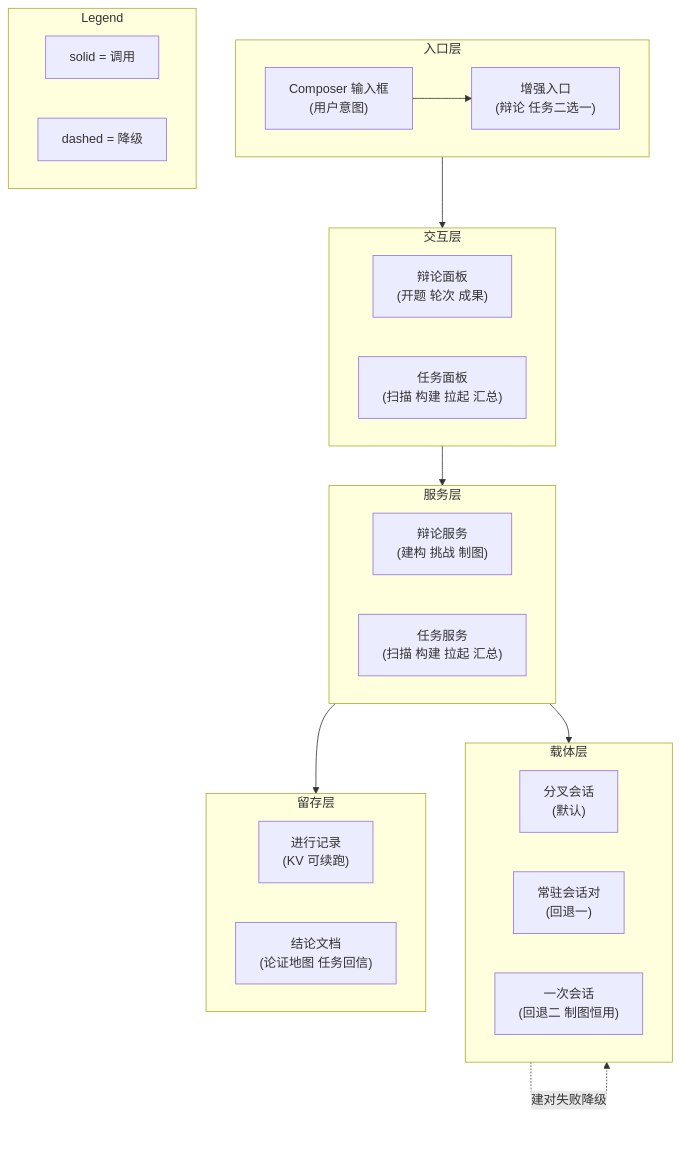
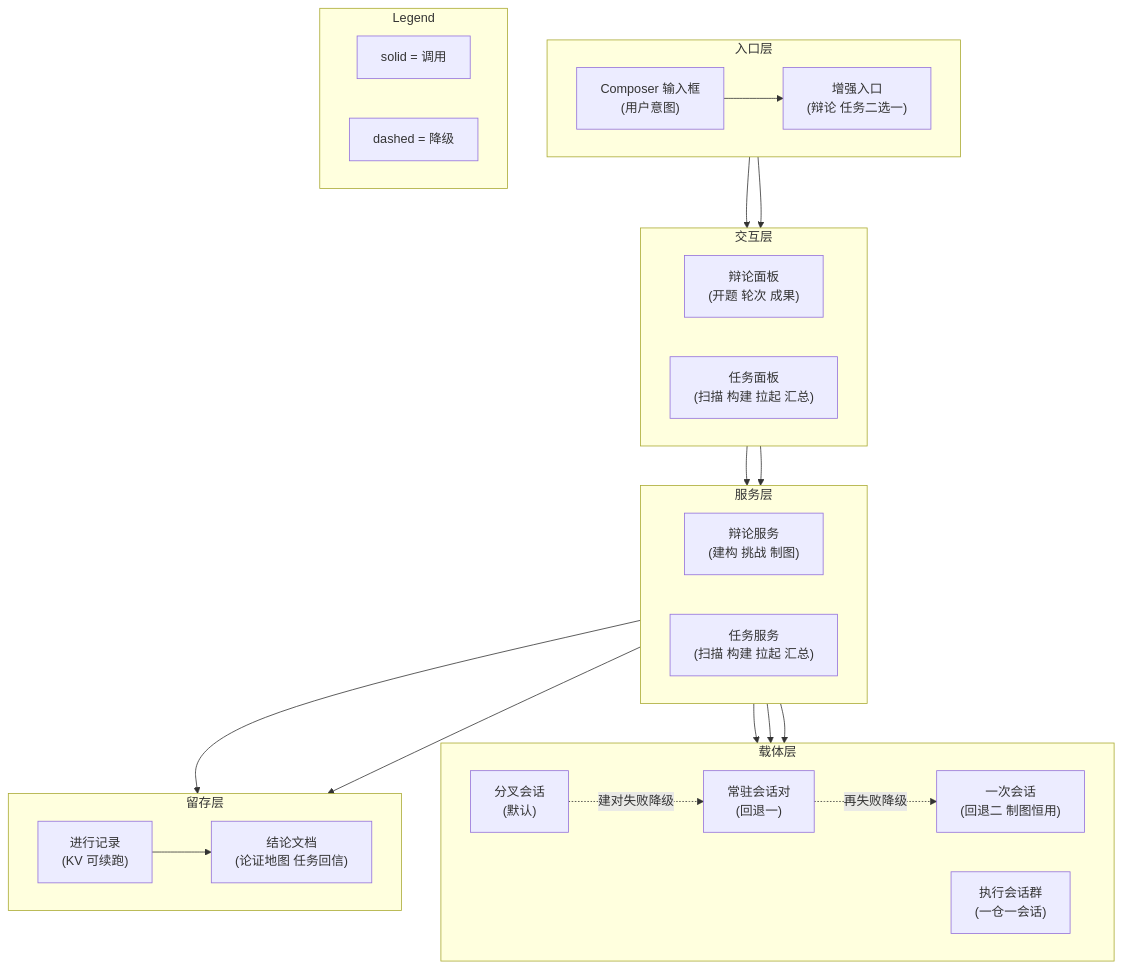
Before and after one commit to doubleelec/dsh-debate: the second of 4 diagrams in docs/architecture.md, drawn with Mermaid.

Commit message:
docs: fix logical diagram subgraph self-reference crash
Subgraph-frame edge (Carry to Carry) plus cross-frame Entry/Face/Service edges crashed the renderer. Rewire to node-to-node edges only: menu to panels, panels to services, services to carriers/keep, fork to resident to oneshot fallback chain. Add task execution group node. No semantic change.

````diff
--- a/docs/architecture.md
+++ b/docs/architecture.md
@@ -84,42 +84,50 @@
 ```mermaid
 flowchart TD
     subgraph Entry["入口层"]
         direction LR
         composer["Composer 输入框<br/>(用户意图)"]
         menu["增强入口<br/>(辩论 任务二选一)"]
         composer --> menu
     end
     subgraph Face["交互层"]
         direction LR
         debateUI["辩论面板<br/>(开题 轮次 成果)"]
         taskUI["任务面板<br/>(扫描 构建 拉起 汇总)"]
     end
     subgraph Service["服务层"]
         direction LR
         debateSvc["辩论服务<br/>(建构 挑战 制图)"]
         taskSvc["任务服务<br/>(扫描 构建 拉起 汇总)"]
     end
     subgraph Carry["载体层"]
         direction LR
         fork["分叉会话<br/>(默认)"]
         resident["常驻会话对<br/>(回退一)"]
         oneshot["一次会话<br/>(回退二 制图恒用)"]
+        taskGroup["执行会话群<br/>(一仓一会话)"]
     end
     subgraph Keep["留存层"]
         direction LR
         kv["进行记录<br/>(KV 可续跑)"]
         docs["结论文档<br/>(论证地图 任务回信)"]
+        kv --> docs
     end
 
-    Entry --> Face
-    Face --> Service
-    Service --> Carry
-    Service --> Keep
-    Carry -.->|"建对失败降级"| Carry
+    menu --> debateUI
+    menu --> taskUI
+    debateUI --> debateSvc
+    taskUI --> taskSvc
+    debateSvc --> fork
+    fork -.->|建对失败降级| resident
+    resident -.->|再失败降级| oneshot
+    debateSvc --> oneshot
+    taskSvc --> taskGroup
+    debateSvc --> kv
+    taskSvc --> kv
 
     subgraph Legend["Legend"]
         direction LR
         L1["solid = 调用"]
         L2["dashed = 降级"]
     end
 ```
````
